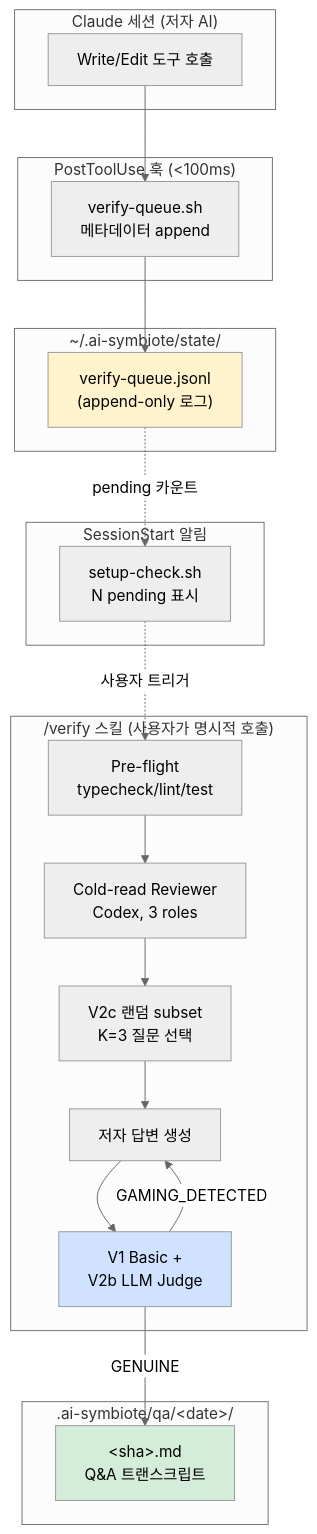
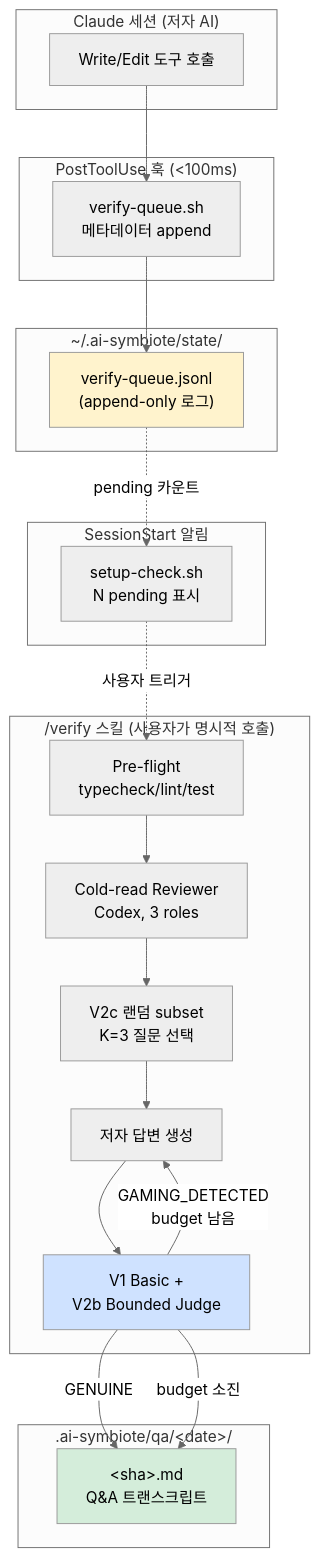
Before and after one commit to Jimmy-Jung/ai-symbiote: the second of 12 diagrams in docs/09-검증-레이어-동작원리.md, drawn with Mermaid (neutral theme). The commit also changed other lines of this file and 3 other files, not shown here.

````diff
--- a/docs/09-검증-레이어-동작원리.md
+++ b/docs/09-검증-레이어-동작원리.md
@@ -31,41 +31,42 @@
 ```mermaid
 flowchart TB
     subgraph Claude["Claude 세션 (저자 AI)"]
         A["Write/Edit 도구 호출"]
     end
 
     subgraph Hook["PostToolUse 훅 (&lt;100ms)"]
         B["verify-queue.sh<br/>메타데이터 append"]
     end
 
     subgraph Queue["~/.ai-symbiote/state/"]
         C["verify-queue.jsonl<br/>(append-only 로그)"]
     end
 
     subgraph Session["SessionStart 알림"]
         D["setup-check.sh<br/>N pending 표시"]
     end
 
     subgraph Verify["/verify 스킬 (사용자가 명시적 호출)"]
         E["Pre-flight<br/>typecheck/lint/test"]
         F["Cold-read Reviewer<br/>Codex, 3 roles"]
         G["V2c 랜덤 subset<br/>K=3 질문 선택"]
         H["저자 답변 생성"]
-        I["V1 Basic +<br/>V2b LLM Judge"]
+        I["V1 Basic +<br/>V2b Bounded Judge"]
     end
 
     subgraph Artifact[".ai-symbiote/qa/&lt;date&gt;/"]
         J["&lt;sha&gt;.md<br/>Q&amp;A 트랜스크립트"]
     end
 
     A --> B --> C
     C -.pending 카운트.-> D
     D -.사용자 트리거.-> E
     E --> F --> G --> H --> I
     I -->|GENUINE| J
-    I -->|GAMING_DETECTED| H
+    I -->|GAMING_DETECTED<br/>budget 남음| H
+    I -->|budget 소진| J
 
     style C fill:#fff3cd
     style J fill:#d4edda
     style I fill:#cfe2ff
 ```
````
